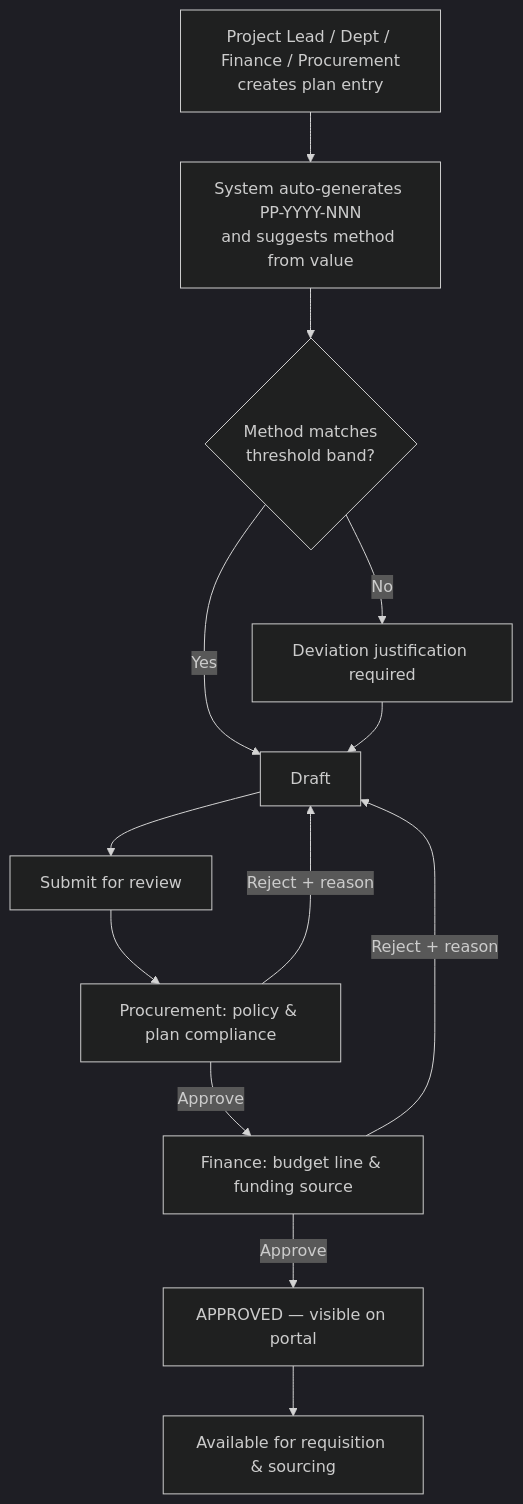
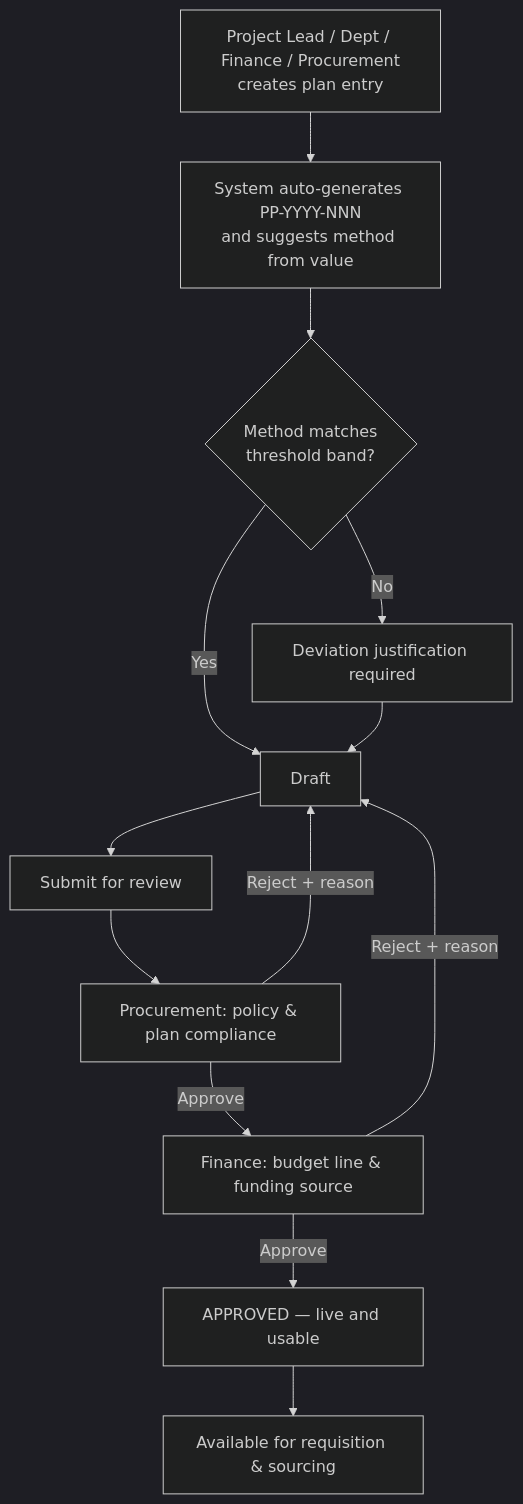
The first of 10 diagrams in docs/PROCUREMENT-FLOWS.md (Kofi-Yeboah/Aceterpfinalv2copy), drawn with Mermaid (dark theme) before and after one commit. The commit also changed other lines of this file and 15 other files, not shown here.

````diff
--- a/docs/PROCUREMENT-FLOWS.md
+++ b/docs/PROCUREMENT-FLOWS.md
@@ -115,15 +115,15 @@
 ```mermaid
 flowchart TD
     A[Project Lead / Dept / Finance / Procurement<br/>creates plan entry] --> B[System auto-generates PP-YYYY-NNN<br/>and suggests method from value]
     B --> C{Method matches<br/>threshold band?}
     C -- No --> D[Deviation justification required]
     C -- Yes --> E[Draft]
     D --> E
     E --> F[Submit for review]
     F --> G[Procurement: policy & plan compliance]
     G -- Reject + reason --> E
     G -- Approve --> H[Finance: budget line & funding source]
     H -- Reject + reason --> E
-    H -- Approve --> I[APPROVED — visible on portal]
+    H -- Approve --> I[APPROVED — live and usable]
     I --> J[Available for requisition & sourcing]
 ```
````
